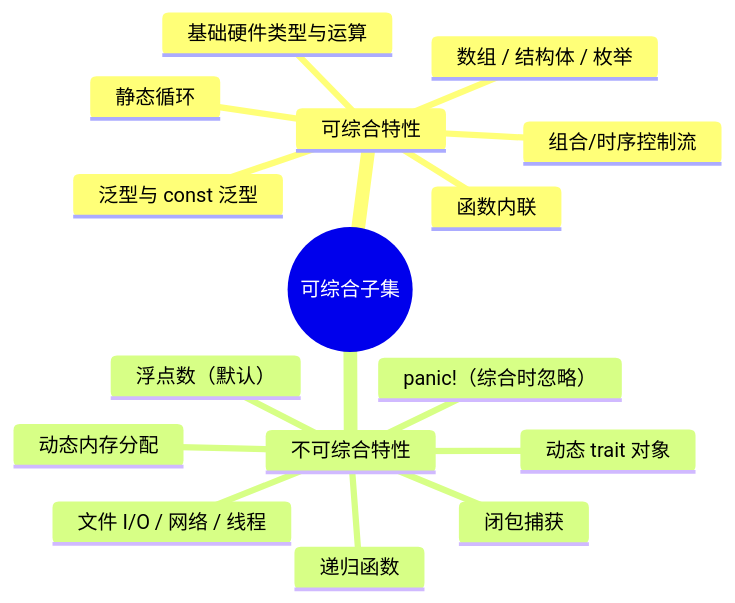
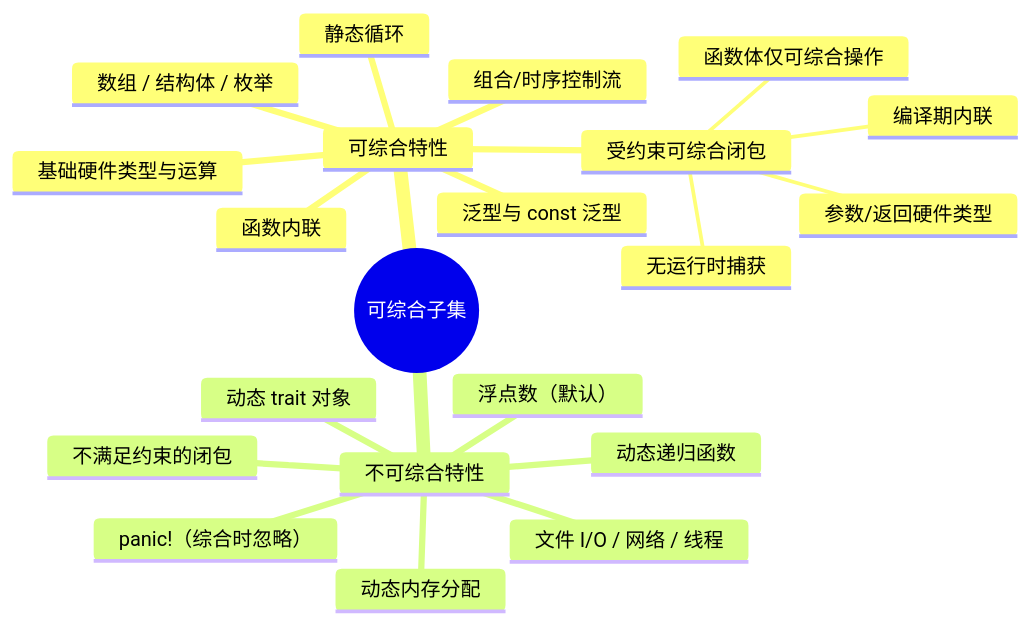
Before and after one commit to TangCan/bitloom: the first of 10 diagrams in docs/requirements/15. 可综合子集与限制.md, drawn with Mermaid. The commit also changed other lines of this file and 17 other files, not shown here.

````diff
--- a/docs/requirements/15. 可综合子集与限制.md
+++ b/docs/requirements/15. 可综合子集与限制.md
@@ -13,20 +13,24 @@
 ```mermaid
 mindmap
   root((可综合子集))
     可综合特性
       基础硬件类型与运算
       组合/时序控制流
       静态循环
       函数内联
       泛型与 const 泛型
       数组 / 结构体 / 枚举
+      受约束可综合闭包
+        无运行时捕获
+        参数/返回硬件类型
+        函数体仅可综合操作
+        编译期内联
     不可综合特性
       动态内存分配
-      递归函数
+      动态递归函数
       浮点数（默认）
       动态 trait 对象
-      闭包捕获
+      不满足约束的闭包
       文件 I/O / 网络 / 线程
       panic!（综合时忽略）
-
 ```
````
